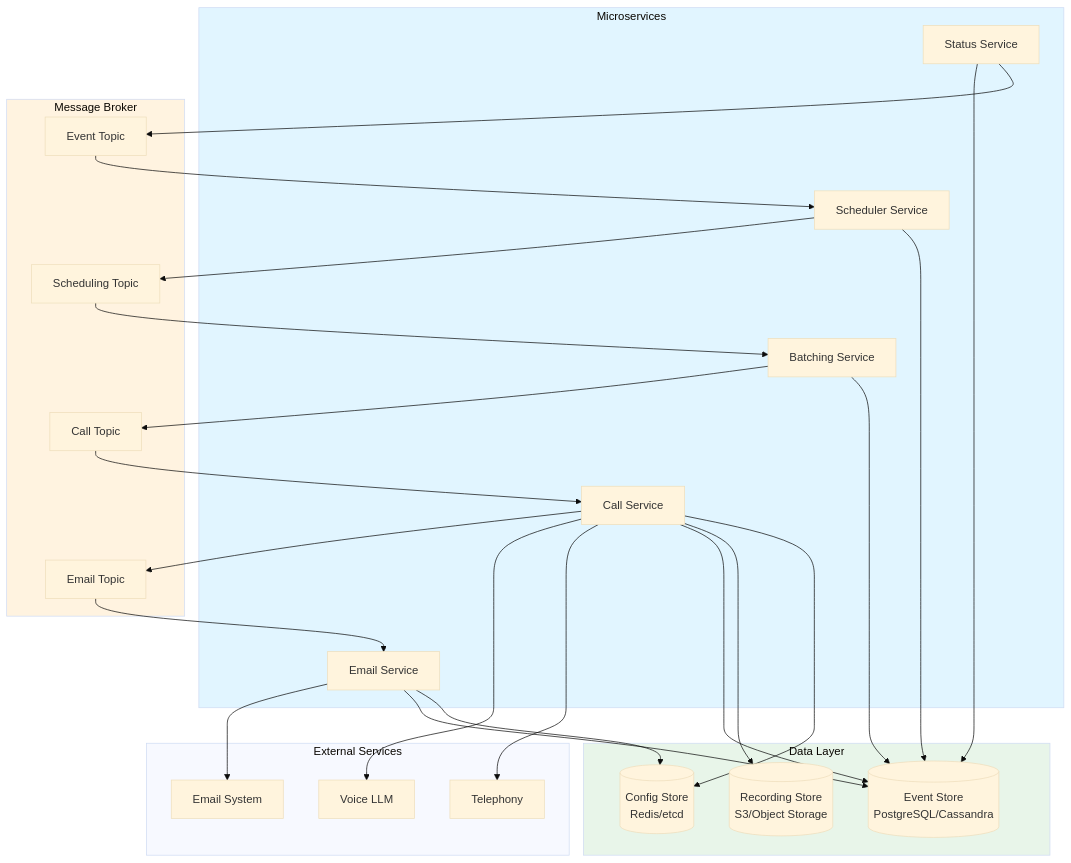
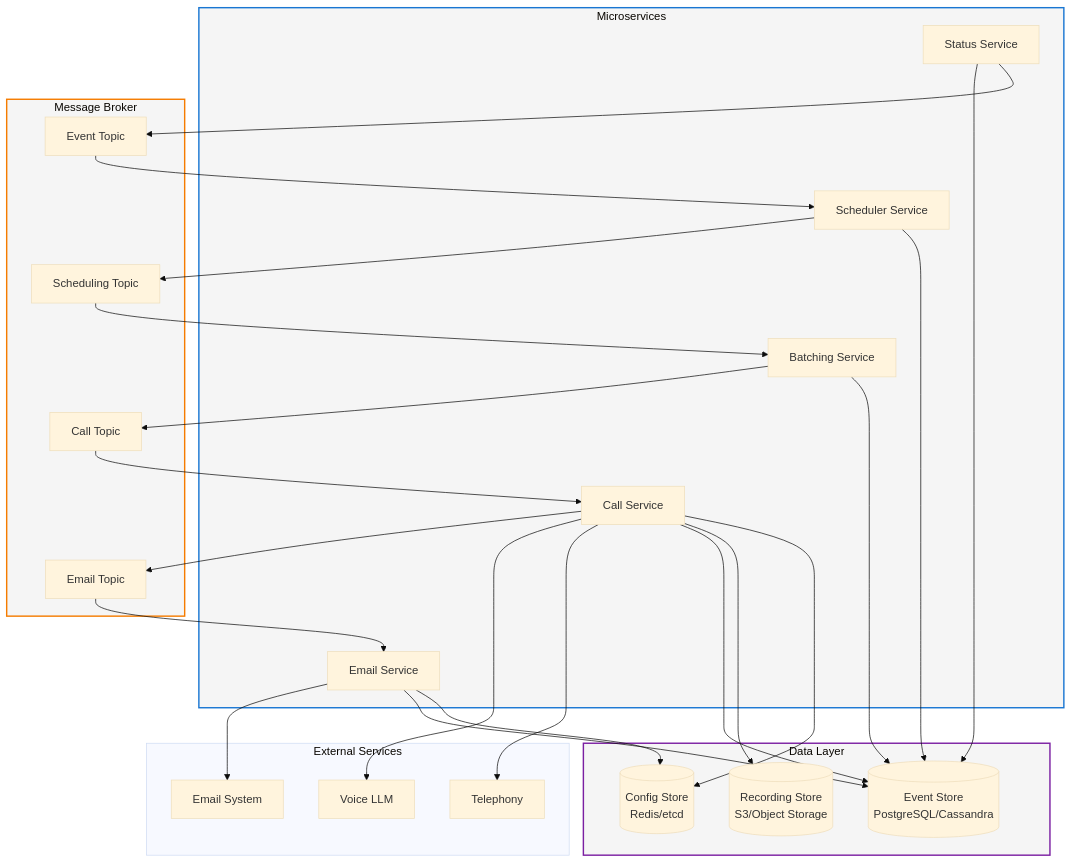
One commit to Org-for-Folio-AI/FolioAISpecs changed the third of 3 diagrams in design/Technical-Architecture-HLD.md. Above: the diagram before and after it, drawn with Mermaid (base theme). The commit also changed other lines of this file and 11 other files, not shown here.

First line of the commit message:
Update mermaid diagram colors for dark and light mode compatibility

````diff
--- a/design/Technical-Architecture-HLD.md
+++ b/design/Technical-Architecture-HLD.md
@@ -198,57 +198,57 @@
 ```mermaid
 graph TB
     subgraph Services["Microservices"]
         SchedulerSvc["Scheduler Service"]
         BatcherSvc["Batching Service"]
         CallSvc["Call Service"]
         EmailSvc["Email Service"]
         StatusSvc["Status Service"]
     end
 
     subgraph MessageBroker["Message Broker"]
         SchedTopic["Scheduling Topic"]
         CallTopic["Call Topic"]
         EmailTopic["Email Topic"]
         EventTopic["Event Topic"]
     end
 
     subgraph DataLayer["Data Layer"]
         EventDB[(Event Store<br/>PostgreSQL/Cassandra)]
         RecordDB[(Recording Store<br/>S3/Object Storage)]
         ConfigDB[(Config Store<br/>Redis/etcd)]
     end
 
     subgraph External["External Services"]
         VoiceLLM[Voice LLM]
         Telephony[Telephony]
         EmailSys[Email System]
     end
 
     SchedulerSvc --> SchedTopic
     SchedTopic --> BatcherSvc
     BatcherSvc --> CallTopic
     CallTopic --> CallSvc
     CallSvc --> EmailTopic
     EmailTopic --> EmailSvc
 
     CallSvc --> VoiceLLM
     CallSvc --> Telephony
     EmailSvc --> EmailSys
 
     SchedulerSvc --> EventDB
     BatcherSvc --> EventDB
     CallSvc --> EventDB
     EmailSvc --> EventDB
     StatusSvc --> EventDB
 
     CallSvc --> RecordDB
     CallSvc --> ConfigDB
     EmailSvc --> ConfigDB
 
     StatusSvc --> EventTopic
     EventTopic --> SchedulerSvc
 
-    style Services fill:#e1f5ff
-    style MessageBroker fill:#fff3e0
-    style DataLayer fill:#e8f5e9
+    style Services stroke:#1976d2,fill:#f5f5f5,stroke-width:2px
+    style MessageBroker stroke:#f57c00,fill:#f5f5f5,stroke-width:2px
+    style DataLayer stroke:#7b1fa2,fill:#f5f5f5,stroke-width:2px
 ```
````
